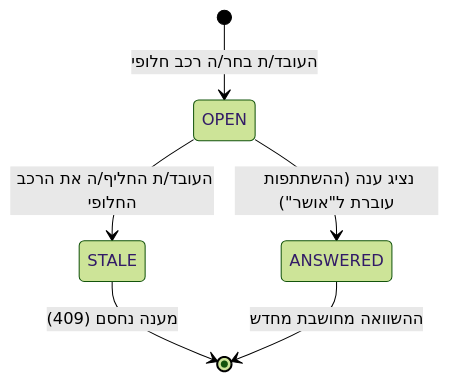
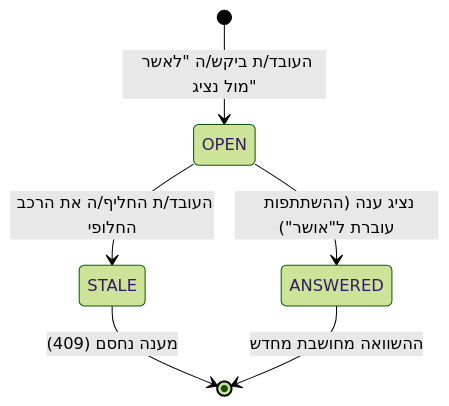
The third of 3 diagrams in docs/architecture.md (Shani-Veg/car-advisor), drawn with Mermaid (forest theme) before and after one commit. The commit also changed other lines of this file and 45 other files, not shown here.

````diff
--- a/docs/architecture.md
+++ b/docs/architecture.md
@@ -73,8 +73,8 @@
 ```mermaid
 stateDiagram-v2
-    [*] --> OPEN: העובד/ת בחר/ה רכב חלופי
+    [*] --> OPEN: העובד/ת ביקש/ה "לאשר מול נציג"
     OPEN --> ANSWERED: נציג ענה (ההשתתפות עוברת ל"אושר")
     OPEN --> STALE: העובד/ת החליף/ה את הרכב החלופי
     STALE --> [*]: מענה נחסם (409)
     ANSWERED --> [*]: ההשוואה מחושבת מחדש
 ```
````
